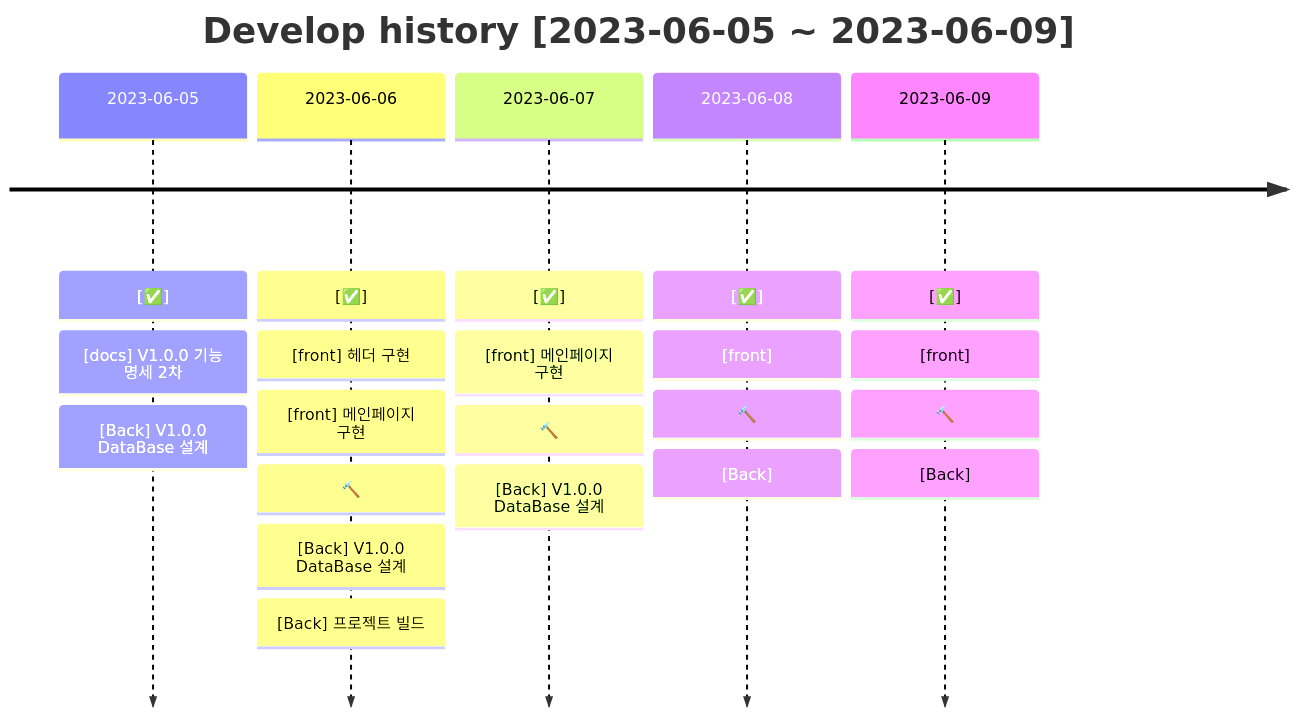
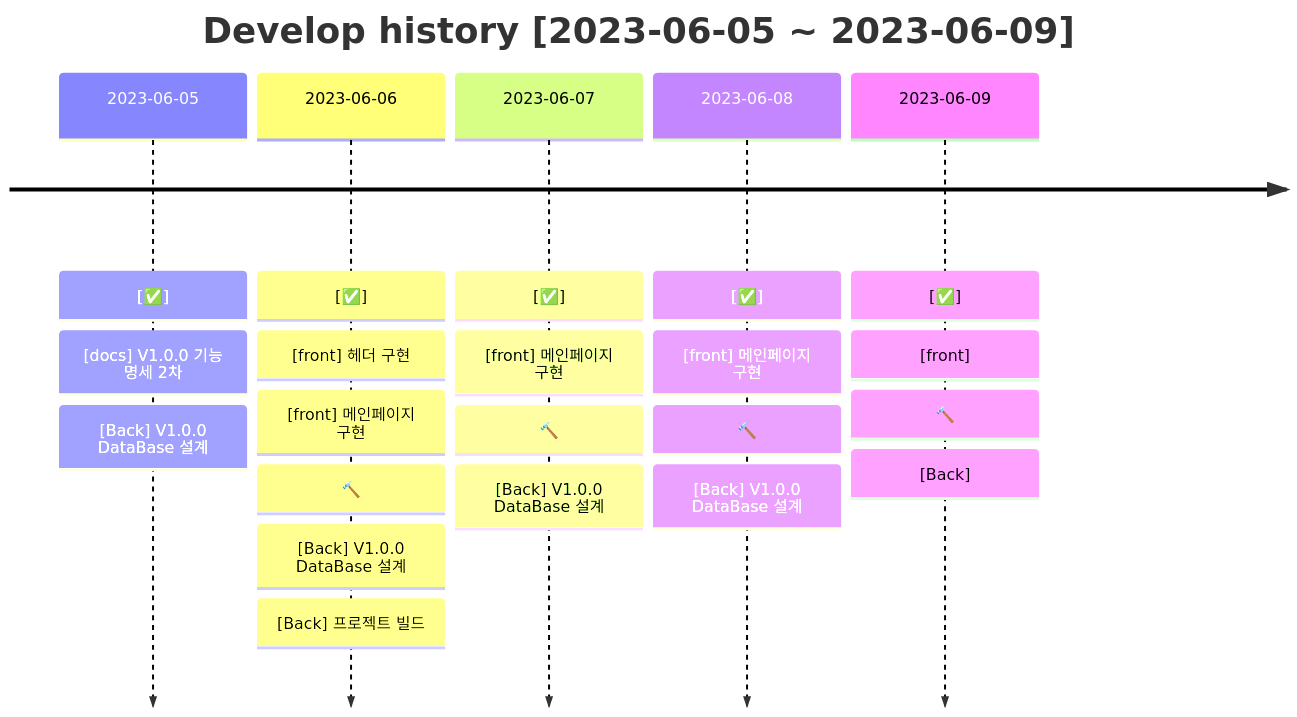
One commit to Hazel0c0/ddamddam-club-org changed the second of 3 diagrams in docs/README.md. Above: the diagram before and after it, drawn with Mermaid. The commit also changed other lines of this file, not shown here.

````diff
--- a/docs/README.md
+++ b/docs/README.md
@@ -47,25 +74,25 @@
 ```mermaid
 timeline
     title Develop history [2023-06-05 ~ 2023-06-09]
     2023-06-05: [✅]
             : [docs] V1.0.0 기능 명세 2차
             : [Back] V1.0.0 DataBase 설계
     2023-06-06: [✅]
             : [front] 헤더 구현
             : [front] 메인페이지 구현
             : 🔨
             : [Back] V1.0.0 DataBase 설계
             : [Back] 프로젝트 빌드
     2023-06-07: [✅]
             : [front] 메인페이지 구현
             : 🔨
             : [Back] V1.0.0 DataBase 설계
     2023-06-08: [✅]
-            : [front] 
+            : [front] 메인페이지 구현
             : 🔨
-            : [Back] 
+            : [Back] V1.0.0 DataBase 설계
     2023-06-09: [✅]
-            : [front] 
+            : [front]
             : 🔨
             : [Back] 
 ```
````
